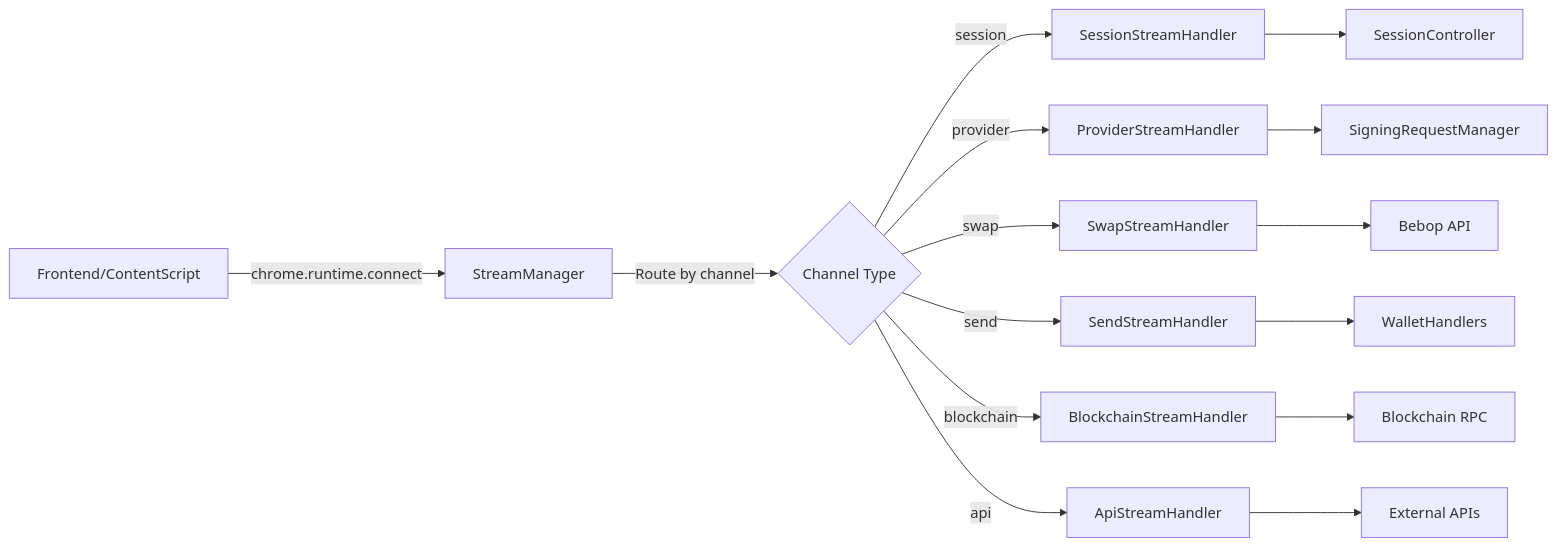
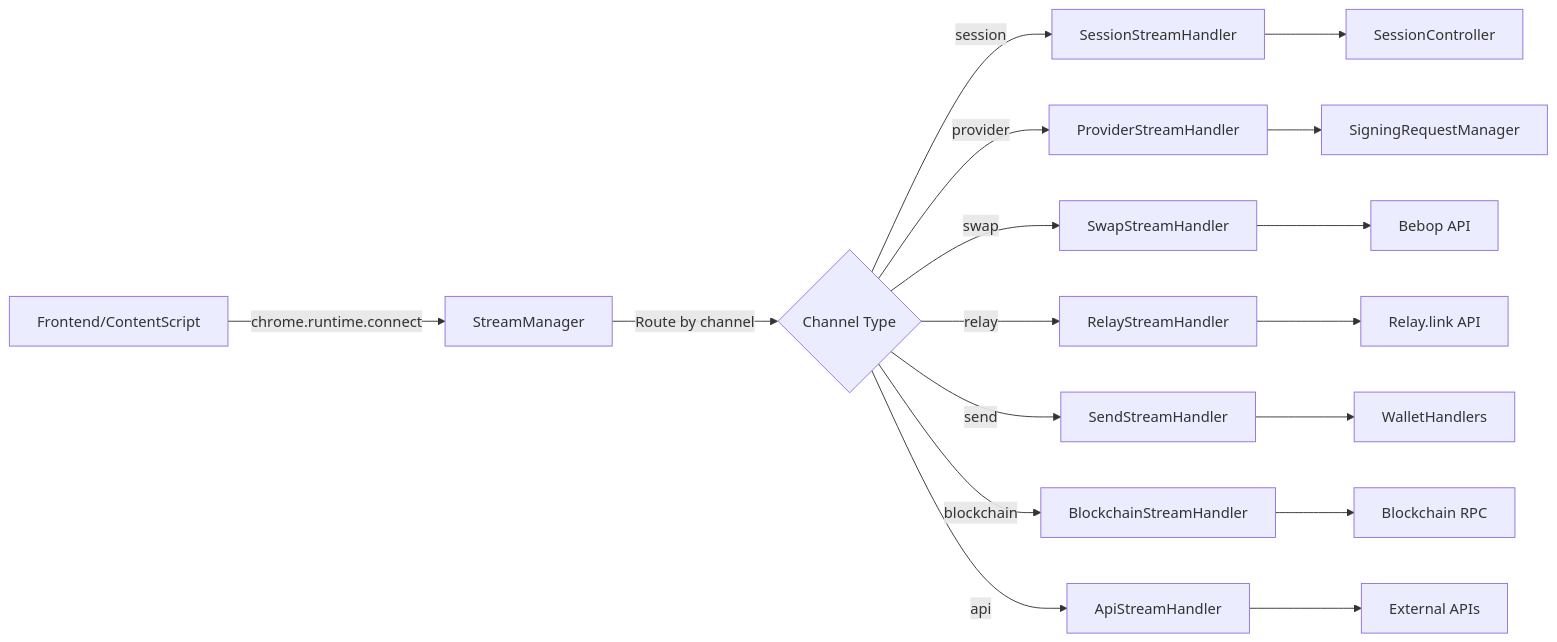
Before and after one commit to SuperSafeWallet/SuperSafe-Docs: the third of 3 diagrams in doc-sources/BACKEND.md, drawn with Mermaid. The commit also changed other lines of this file and 85 other files, not shown here.

````diff
--- a/doc-sources/BACKEND.md
+++ b/doc-sources/BACKEND.md
@@ -928,18 +1311,20 @@
 ```mermaid
 graph LR
     A[Frontend/ContentScript] -->|chrome.runtime.connect| B[StreamManager]
     B -->|Route by channel| C{Channel Type}
     C -->|session| D[SessionStreamHandler]
     C -->|provider| E[ProviderStreamHandler]
     C -->|swap| F[SwapStreamHandler]
+    C -->|relay| R[RelayStreamHandler]
     C -->|send| G[SendStreamHandler]
     C -->|blockchain| H[BlockchainStreamHandler]
     C -->|api| I[ApiStreamHandler]
     
     D --> J[SessionController]
     E --> K[SigningRequestManager]
     F --> L[Bebop API]
+    R --> RL[Relay.link API]
     G --> M[WalletHandlers]
     H --> N[Blockchain RPC]
     I --> O[External APIs]
 ```
````
